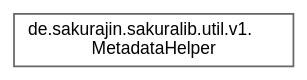
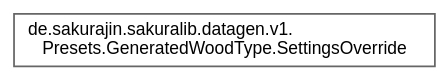
Before and after one commit to noah1510/sakura-lib: the diagram in inherit_graph_17.dot, drawn with Graphviz. The commit also changed 150 other files, not shown here.

```diff
--- a/inherit_graph_17.dot
+++ b/inherit_graph_17.dot
@@ -1,9 +1,9 @@
 digraph "Graphical Class Hierarchy"
 {
  // LATEX_PDF_SIZE
   bgcolor="transparent";
   edge [fontname=Helvetica,fontsize=10,labelfontname=Helvetica,labelfontsize=10];
   node [fontname=Helvetica,fontsize=10,shape=box,height=0.2,width=0.4];
   rankdir="LR";
-  Node0 [label="de.sakurajin.sakuralib.util.v1.\lMetadataHelper",height=0.2,width=0.4,color="grey40", fillcolor="white", style="filled",URL="$classde_1_1sakurajin_1_1sakuralib_1_1util_1_1v1_1_1MetadataHelper.html",tooltip=" "];
+  Node0 [label="de.sakurajin.sakuralib.datagen.v1.\lPresets.GeneratedWoodType.SettingsOverride",height=0.2,width=0.4,color="grey40", fillcolor="white", style="filled",URL="$interfacede_1_1sakurajin_1_1sakuralib_1_1datagen_1_1v1_1_1Presets_1_1GeneratedWoodType_1_1SettingsOverride.html",tooltip=" "];
 }
```
